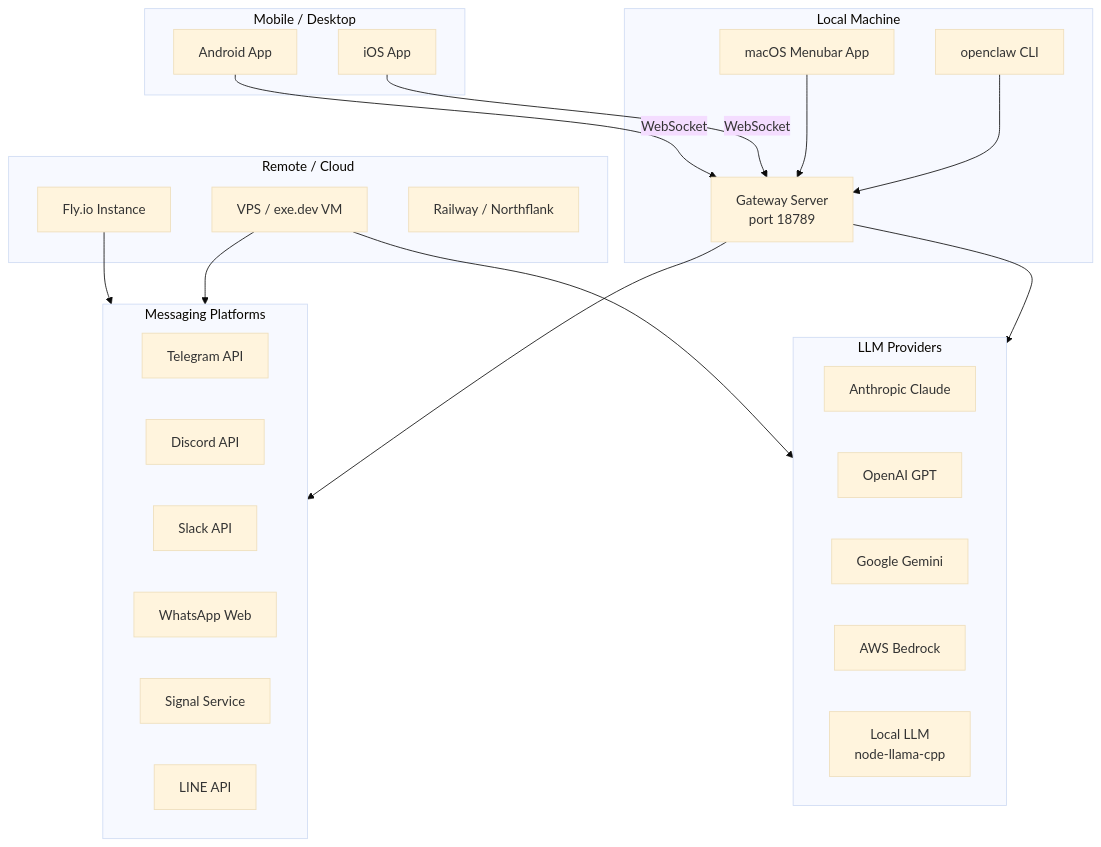
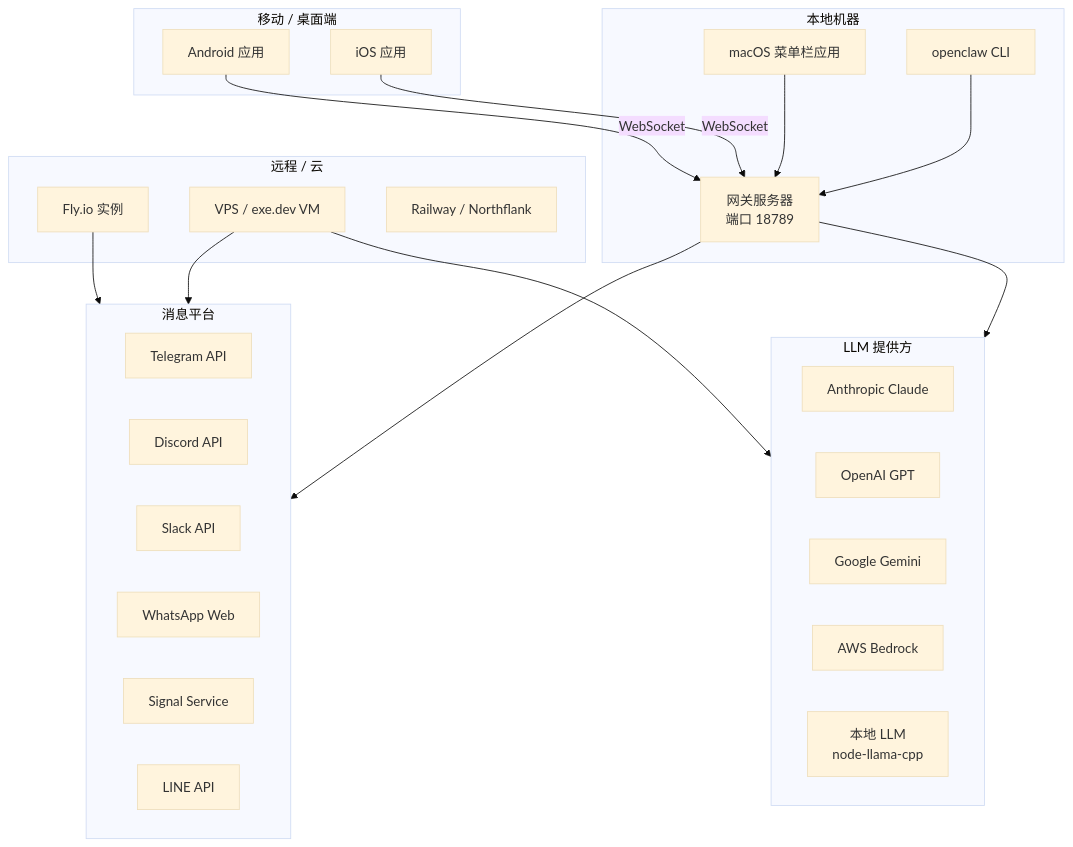
Diagram 15 of 15 in docs/reference/architecture.md (dqaria/openclaw), drawn with Mermaid (base theme) before and after one commit. The commit also changed other lines of this file, not shown here.

First line of the commit message:
docs: rewrite architecture documentation in Chinese

````diff
--- a/docs/reference/architecture.md
+++ b/docs/reference/architecture.md
@@ -989,48 +989,48 @@
 ```mermaid
 graph TB
-    subgraph Local["Local Machine"]
+    subgraph Local["本地机器"]
         CLI_LOCAL[openclaw CLI]
-        GW_LOCAL[Gateway Server<br/>port 18789]
-        MAC_APP[macOS Menubar App]
+        GW_LOCAL["网关服务器<br/>端口 18789"]
+        MAC_APP[macOS 菜单栏应用]
     end
 
-    subgraph Remote["Remote / Cloud"]
-        VPS[VPS / exe.dev VM]
-        FLY[Fly.io Instance]
+    subgraph Remote["远程 / 云"]
+        VPS["VPS / exe.dev VM"]
+        FLY[Fly.io 实例]
         RAILWAY[Railway / Northflank]
     end
 
-    subgraph Platforms["Messaging Platforms"]
+    subgraph Platforms["消息平台"]
         TG_API[Telegram API]
         DC_API[Discord API]
         SL_API[Slack API]
         WA_WEB[WhatsApp Web]
         SG_SVC[Signal Service]
         LINE_API[LINE API]
     end
 
-    subgraph LLMs["LLM Providers"]
+    subgraph LLMs["LLM 提供方"]
         CLAUDE[Anthropic Claude]
         GPT[OpenAI GPT]
         GEMINI[Google Gemini]
         BEDROCK[AWS Bedrock]
-        LOCAL_LLM[Local LLM<br/>node-llama-cpp]
+        LOCAL_LLM["本地 LLM<br/>node-llama-cpp"]
     end
 
-    subgraph Apps["Mobile / Desktop"]
-        IOS_APP[iOS App]
-        ANDROID_APP[Android App]
+    subgraph Apps["移动 / 桌面端"]
+        IOS_APP[iOS 应用]
+        ANDROID_APP[Android 应用]
     end
 
     CLI_LOCAL --> GW_LOCAL
     MAC_APP --> GW_LOCAL
     IOS_APP -->|WebSocket| GW_LOCAL
     ANDROID_APP -->|WebSocket| GW_LOCAL
 
     GW_LOCAL --> Platforms
     GW_LOCAL --> LLMs
 
     VPS --> Platforms
     VPS --> LLMs
     FLY --> Platforms
 ```
````
